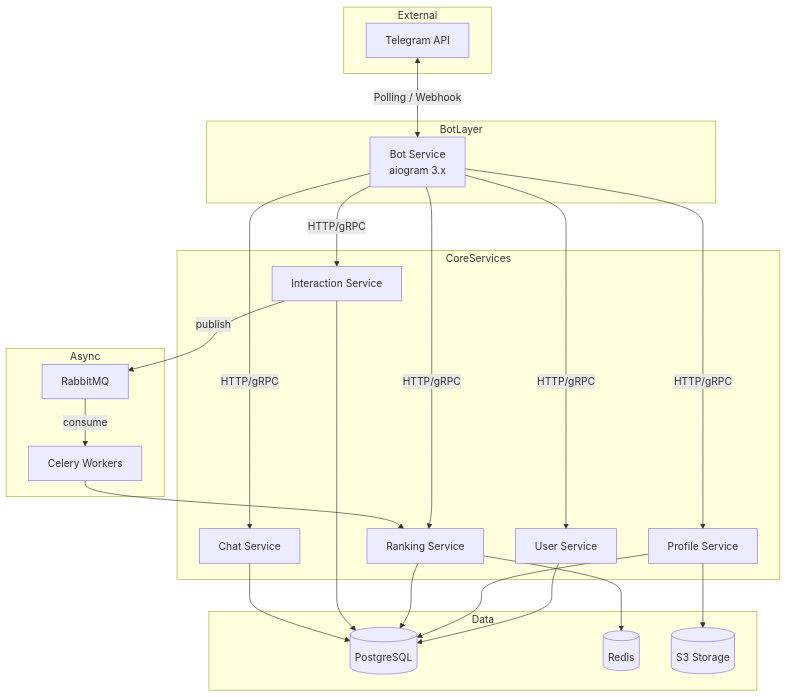
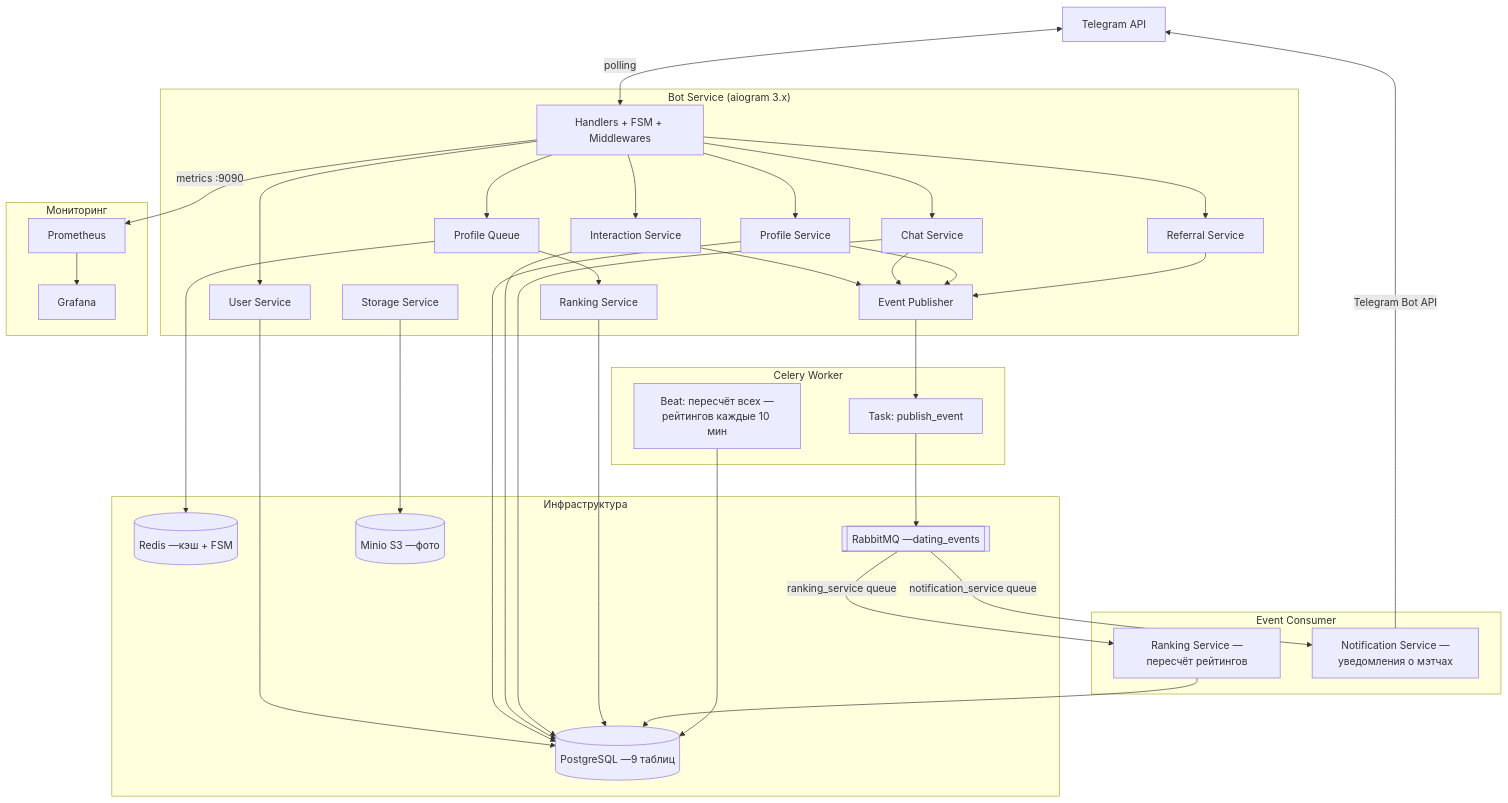
Before and after one commit to brikkerdev/DatingBot: the diagram in docs/02-architecture.md, drawn with Mermaid. The commit also changed other lines of this file and 63 other files, not shown here.

Commit message:
stage 2: architecture, services

````diff
--- a/docs/02-architecture.md
+++ b/docs/02-architecture.md
@@ -3,47 +5,56 @@
 ```mermaid
 flowchart TB
-    subgraph External
-        TG[Telegram API]
+    TG[Telegram API] <-->|polling| Bot
+
+    subgraph bot_layer ["Bot Service (aiogram 3.x)"]
+        Bot[Handlers + FSM + Middlewares]
+        User[User Service]
+        Profile[Profile Service]
+        Interaction[Interaction Service]
+        ChatSvc[Chat Service]
+        Referral[Referral Service]
+        Ranking[Ranking Service]
+        Queue[Profile Queue]
+        Storage[Storage Service]
+        Events[Event Publisher]
+
+        Bot --> User & Profile & Interaction & ChatSvc & Referral
+        Bot --> Queue
+        Interaction & ChatSvc & Profile & Referral --> Events
+        Queue --> Ranking
     end
 
-    subgraph BotLayer
-        Bot[Bot Service<br/>aiogram 3.x]
+    subgraph consumer_layer ["Event Consumer"]
+        RS[Ranking Service —пересчёт рейтингов]
+        NS[Notification Service —уведомления о мэтчах]
     end
 
-    subgraph CoreServices
-        User[User Service]
-        Profile[Profile Service]
-        Rank[Ranking Service]
-        Interact[Interaction Service]
-        Chat[Chat Service]
+    subgraph celery_layer ["Celery Worker"]
+        Beat[Beat: пересчёт всех —рейтингов каждые 10 мин]
+        Publish[Task: publish_event]
     end
 
-    subgraph Data
-        DB[(PostgreSQL)]
-        Redis[(Redis)]
-        S3[(S3 Storage)]
+    subgraph infra ["Инфраструктура"]
+        DB[(PostgreSQL —9 таблиц)]
+        Redis[(Redis —кэш + FSM)]
+        MQ[[RabbitMQ —dating_events]]
+        S3[(Minio S3 —фото)]
     end
 
-    subgraph Async
-        MQ[RabbitMQ]
-        Celery[Celery Workers]
+    subgraph monitoring ["Мониторинг"]
+        Prom[Prometheus] --> Graf[Grafana]
     end
 
-    TG <-->|Polling / Webhook| Bot
-    Bot -->|HTTP/gRPC| User
-    Bot -->|HTTP/gRPC| Profile
-    Bot -->|HTTP/gRPC| Rank
-    Bot -->|HTTP/gRPC| Interact
-    Bot -->|HTTP/gRPC| Chat
+    User & Profile & Interaction & ChatSvc & Ranking --> DB
+    Queue --> Redis
+    Storage --> S3
+    Events --> Publish --> MQ
 
-    User --> DB
-    Profile --> DB
-    Profile --> S3
-    Rank --> DB
-    Rank --> Redis
-    Interact --> DB
-    Interact -->|publish| MQ
-    MQ -->|consume| Celery
-    Celery --> Rank
-    Chat --> DB
+    MQ -->|ranking_service queue| RS
+    MQ -->|notification_service queue| NS
+    RS --> DB
+    NS -->|Telegram Bot API| TG
+    Beat --> DB
+
+    Bot -->|metrics :9090| Prom
 ```
````
